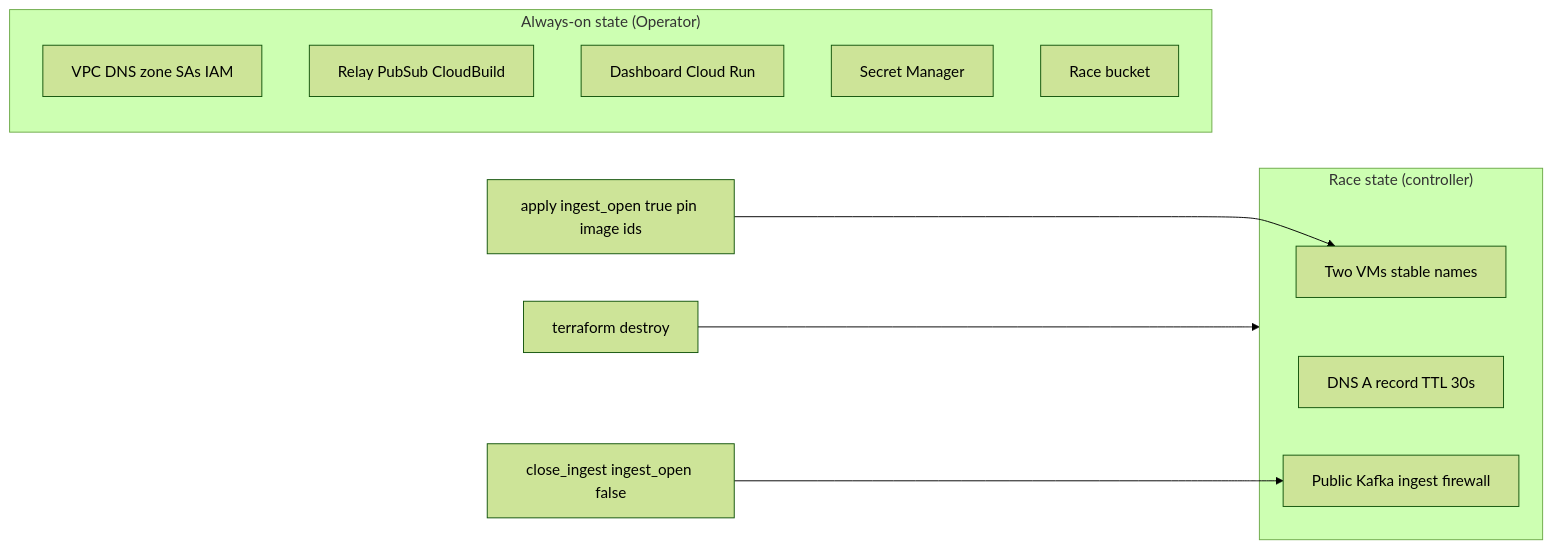
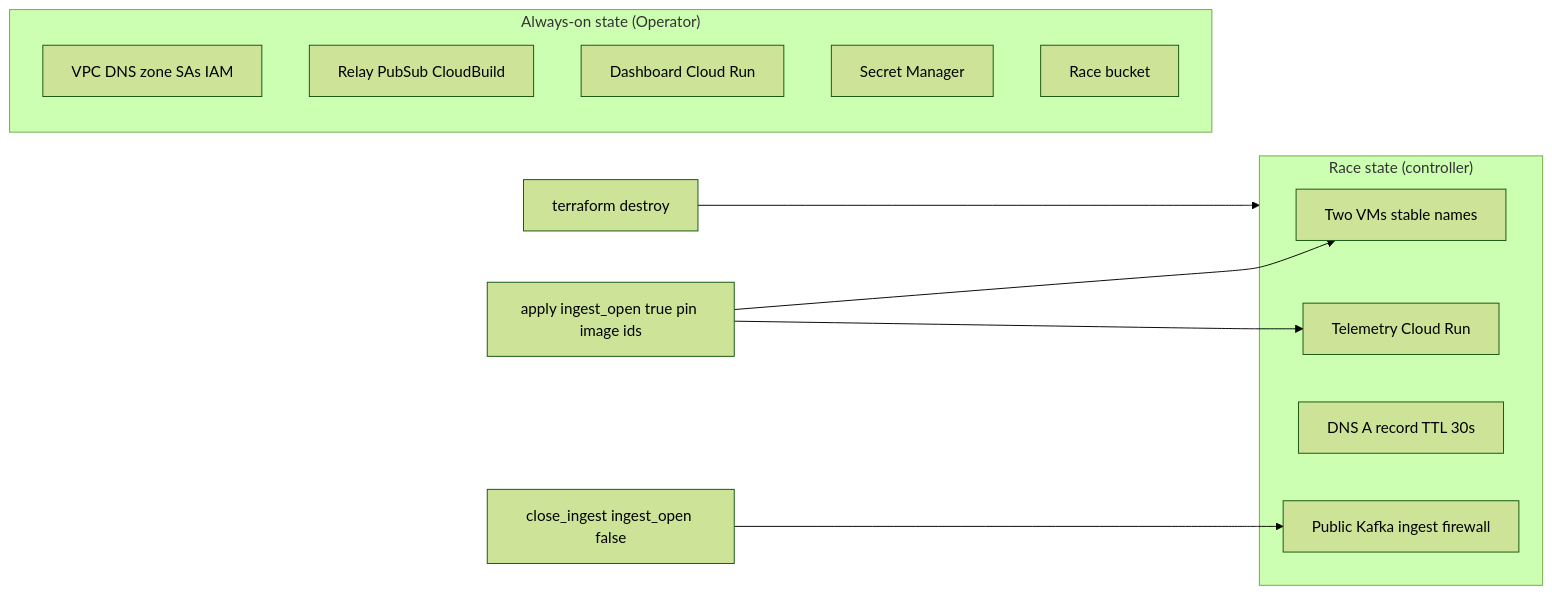
Before and after one commit to ChronoRacer/chronoracer: the diagram in docs/component-terraform.md, drawn with Mermaid (forest theme). The commit also changed other lines of this file and 59 other files, not shown here.

````diff
--- a/docs/component-terraform.md
+++ b/docs/component-terraform.md
@@ -248,21 +258,23 @@
 ```mermaid
 flowchart LR
     subgraph alwaysOn ["Always-on state (Operator)"]
         VPC[VPC DNS zone SAs IAM]
         Relay[Relay PubSub CloudBuild]
         Dash[Dashboard Cloud Run]
         SM[Secret Manager]
         Bucket[Race bucket]
     end
     subgraph raceState ["Race state (controller)"]
         VMs[Two VMs stable names]
+        Telemetry[Telemetry Cloud Run]
         ARec[DNS A record TTL 30s]
         Fw[Public Kafka ingest firewall]
     end
     apply[apply ingest_open true pin image ids]
     close[close_ingest ingest_open false]
     destroy[terraform destroy]
     apply --> VMs
+    apply --> Telemetry
     close --> Fw
     destroy --> raceState
 ```
````
